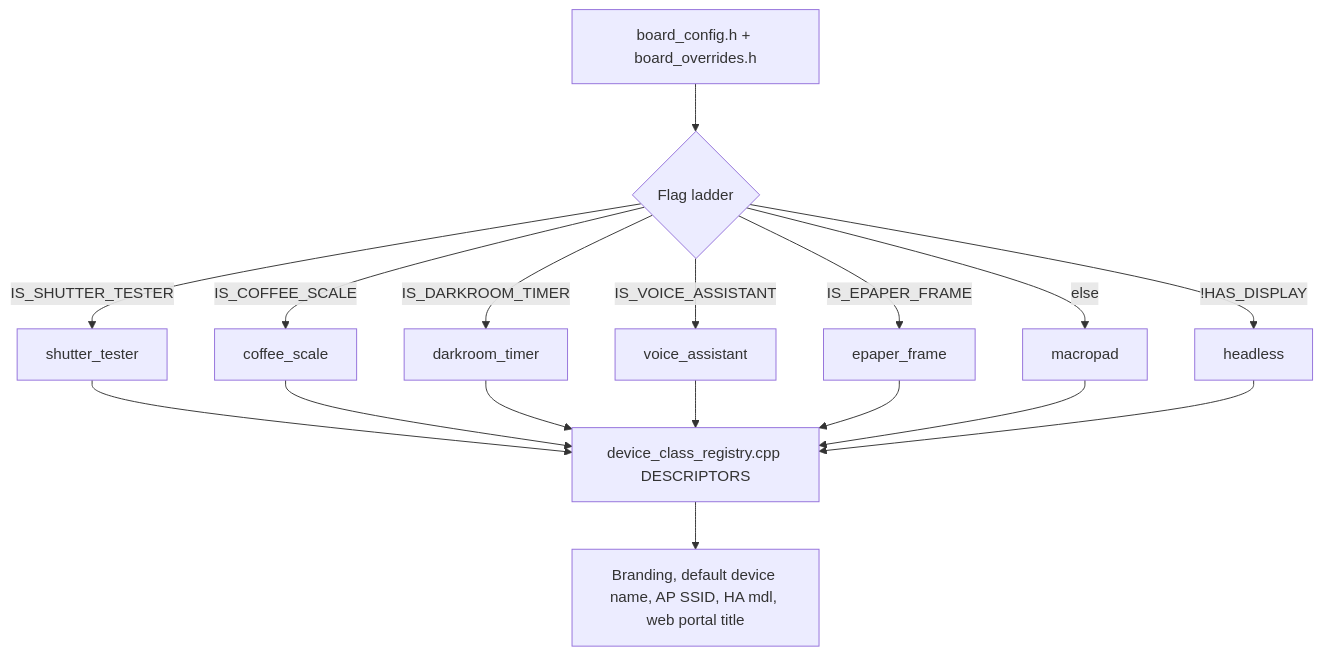
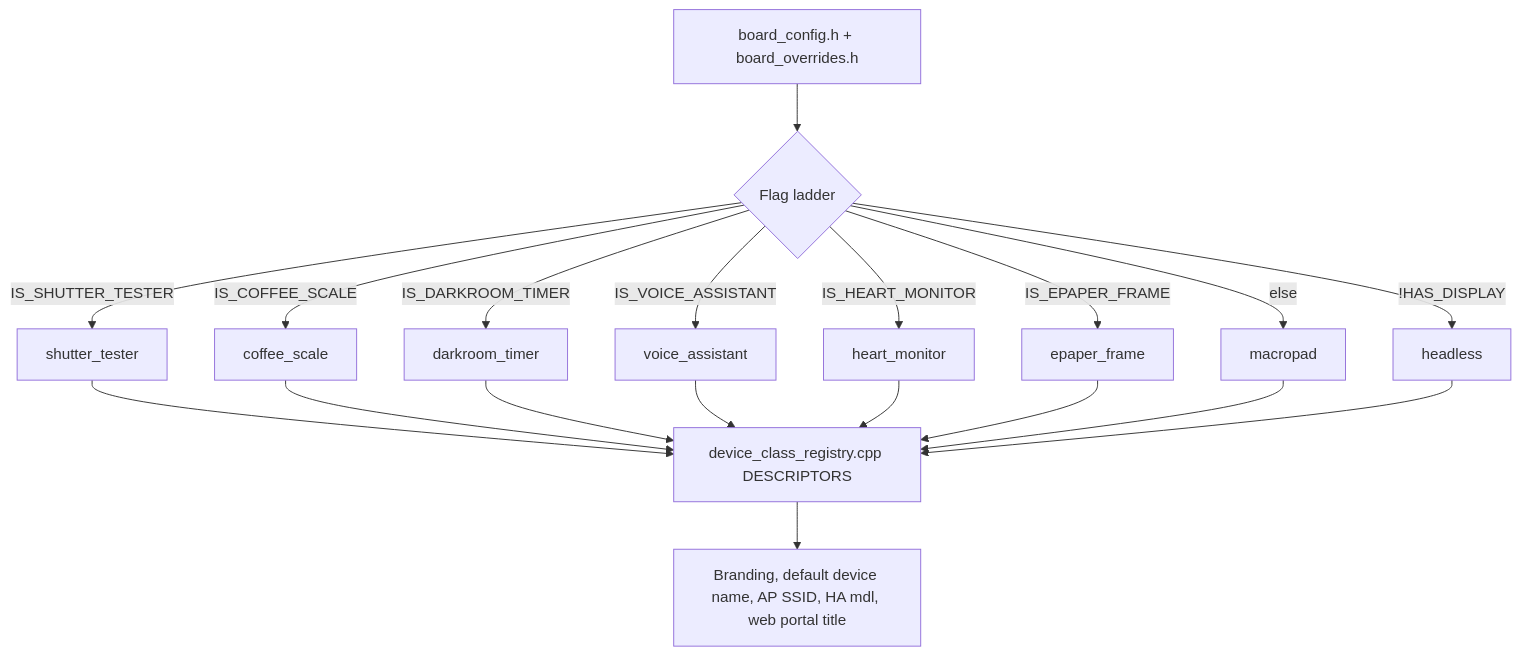
Before and after one commit to jantielens/esp32-macropad: the diagram in docs/device-classes/README.md, drawn with Mermaid. The commit also changed other lines of this file and 263 other files, not shown here.

First line of the commit message:
feat(app): park heart monitor firmware and reproducible research

````diff
--- a/docs/device-classes/README.md
+++ b/docs/device-classes/README.md
@@ -21,13 +22,14 @@
 ```mermaid
 flowchart TD
     Board[board_config.h + board_overrides.h] --> Flags{Flag ladder}
     Flags -->|IS_SHUTTER_TESTER| Shutter[shutter_tester]
     Flags -->|IS_COFFEE_SCALE| Coffee[coffee_scale]
     Flags -->|IS_DARKROOM_TIMER| Darkroom[darkroom_timer]
     Flags -->|IS_VOICE_ASSISTANT| Voice[voice_assistant]
+    Flags -->|IS_HEART_MONITOR| Heart[heart_monitor]
     Flags -->|IS_EPAPER_FRAME| EPaperFrame[epaper_frame]
     Flags -->|!HAS_DISPLAY| Headless[headless]
     Flags -->|else| Macropad[macropad]
-    Shutter & Coffee & Darkroom & Voice & EPaperFrame & Macropad & Headless --> Reg[device_class_registry.cpp DESCRIPTORS]
+    Shutter & Coffee & Darkroom & Voice & Heart & EPaperFrame & Macropad & Headless --> Reg[device_class_registry.cpp DESCRIPTORS]
     Reg --> Brand[Branding, default device name, AP SSID, HA mdl, web portal title]
 ```
````
